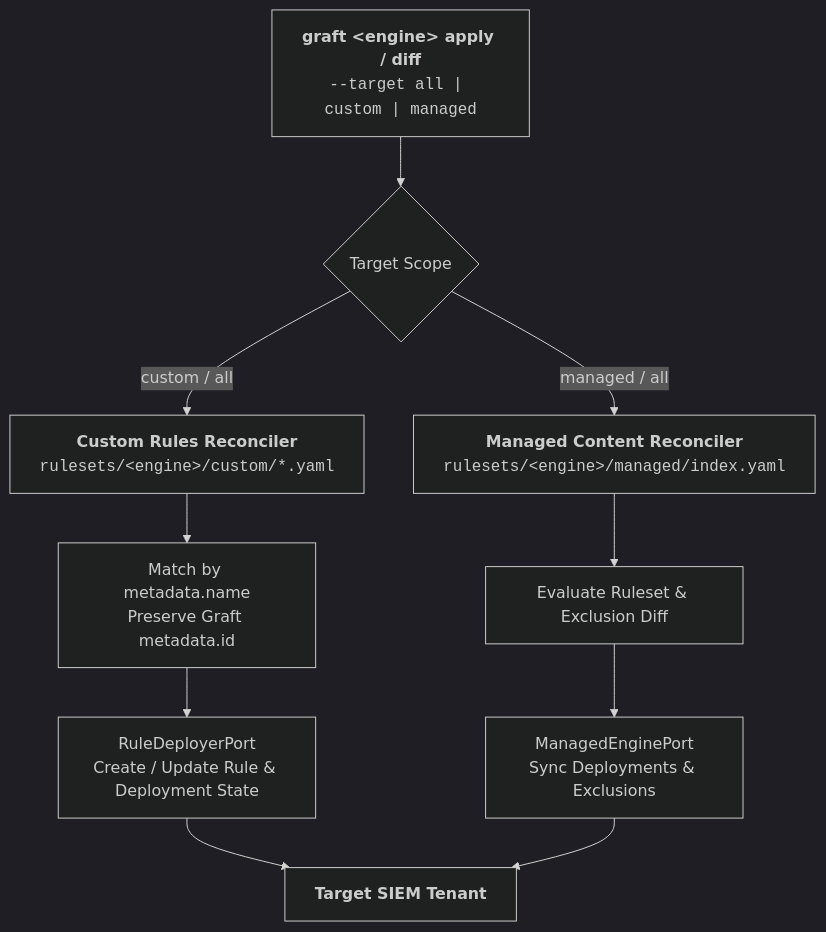
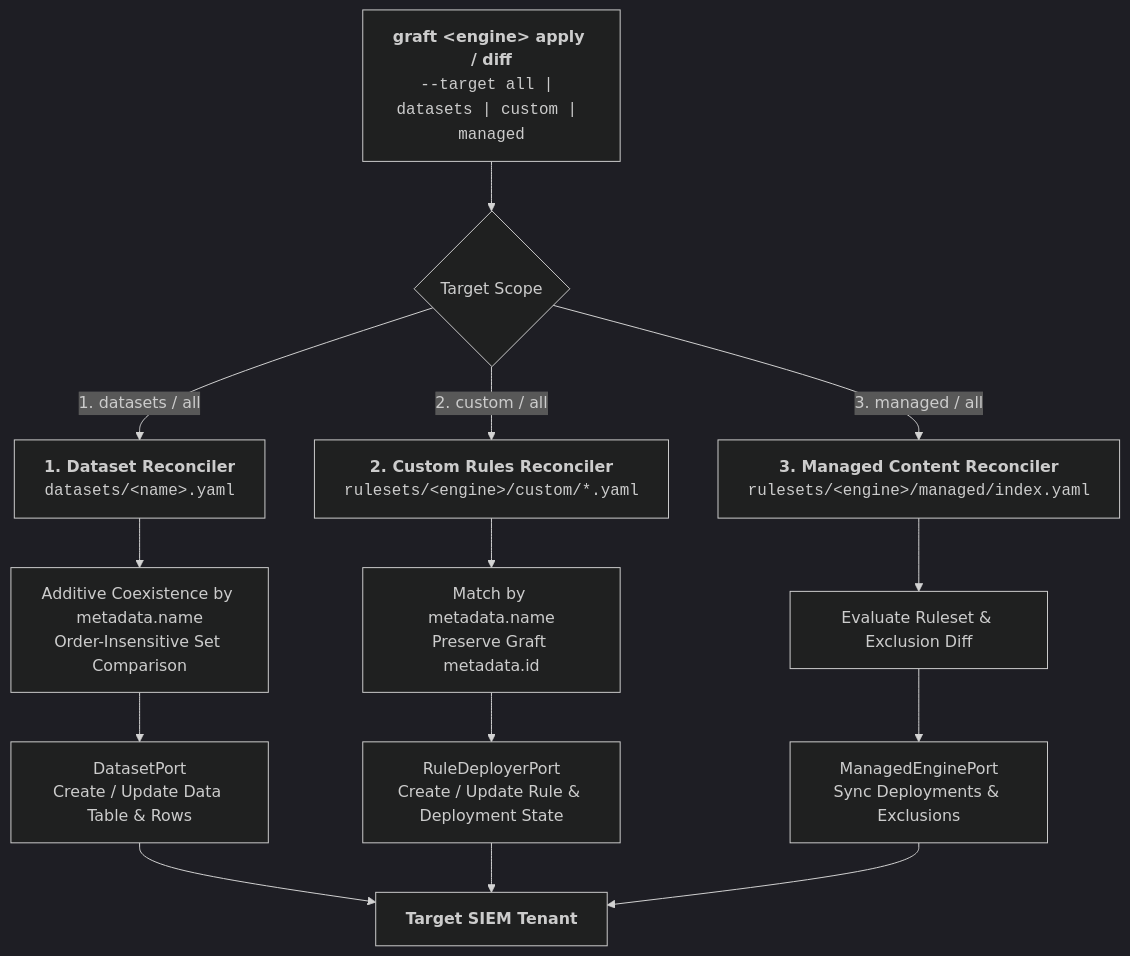
The first of 2 diagrams in docs/operators/gitops_reconciliation.md (lopes/graft), drawn with Mermaid (dark theme) before and after one commit. The commit also changed other lines of this file and 48 other files, not shown here.

````diff
--- a/docs/operators/gitops_reconciliation.md
+++ b/docs/operators/gitops_reconciliation.md
@@ -11,19 +13,24 @@
 ```mermaid
 flowchart TD
-    CLI["<b>graft &lt;engine&gt; apply / diff</b><br/><code>--target all | custom | managed</code>"]
+    CLI["<b>graft &lt;engine&gt; apply / diff</b><br/><code>--target all | datasets | custom | managed</code>"]
     TARGET{"Target Scope"}
 
     CLI --> TARGET
 
-    TARGET -- "custom / all" --> CUSTOM_FLOW["<b>Custom Rules Reconciler</b><br/><code>rulesets/&lt;engine&gt;/custom/*.yaml</code>"]
-    TARGET -- "managed / all" --> MANAGED_FLOW["<b>Managed Content Reconciler</b><br/><code>rulesets/&lt;engine&gt;/managed/index.yaml</code>"]
+    TARGET -- "1. datasets / all" --> DATASET_FLOW["<b>1. Dataset Reconciler</b><br/><code>datasets/&lt;name&gt;.yaml</code>"]
+    TARGET -- "2. custom / all" --> CUSTOM_FLOW["<b>2. Custom Rules Reconciler</b><br/><code>rulesets/&lt;engine&gt;/custom/*.yaml</code>"]
+    TARGET -- "3. managed / all" --> MANAGED_FLOW["<b>3. Managed Content Reconciler</b><br/><code>rulesets/&lt;engine&gt;/managed/index.yaml</code>"]
+
+    DATASET_FLOW --> DS_MATCH["Additive Coexistence by metadata.name<br/>Order-Insensitive Set Comparison"]
+    DS_MATCH --> DATASET_API["DatasetPort<br/>Create / Update Data Table &amp; Rows"]
 
     CUSTOM_FLOW --> MATCH["Match by metadata.name<br/>Preserve Graft metadata.id"]
-    MATCH --> CUSTOM_API["RuleDeployerPort<br/>Create / Update Rule & Deployment State"]
+    MATCH --> CUSTOM_API["RuleDeployerPort<br/>Create / Update Rule &amp; Deployment State"]
 
-    MANAGED_FLOW --> MAN_DIFF["Evaluate Ruleset & Exclusion Diff"]
-    MAN_DIFF --> MANAGED_API["ManagedEnginePort<br/>Sync Deployments & Exclusions"]
+    MANAGED_FLOW --> MAN_DIFF["Evaluate Ruleset &amp; Exclusion Diff"]
+    MAN_DIFF --> MANAGED_API["ManagedEnginePort<br/>Sync Deployments &amp; Exclusions"]
 
-    CUSTOM_API --> TENANT["<b>Target SIEM Tenant</b>"]
+    DATASET_API --> TENANT["<b>Target SIEM Tenant</b>"]
+    CUSTOM_API --> TENANT
     MANAGED_API --> TENANT
 ```
````
